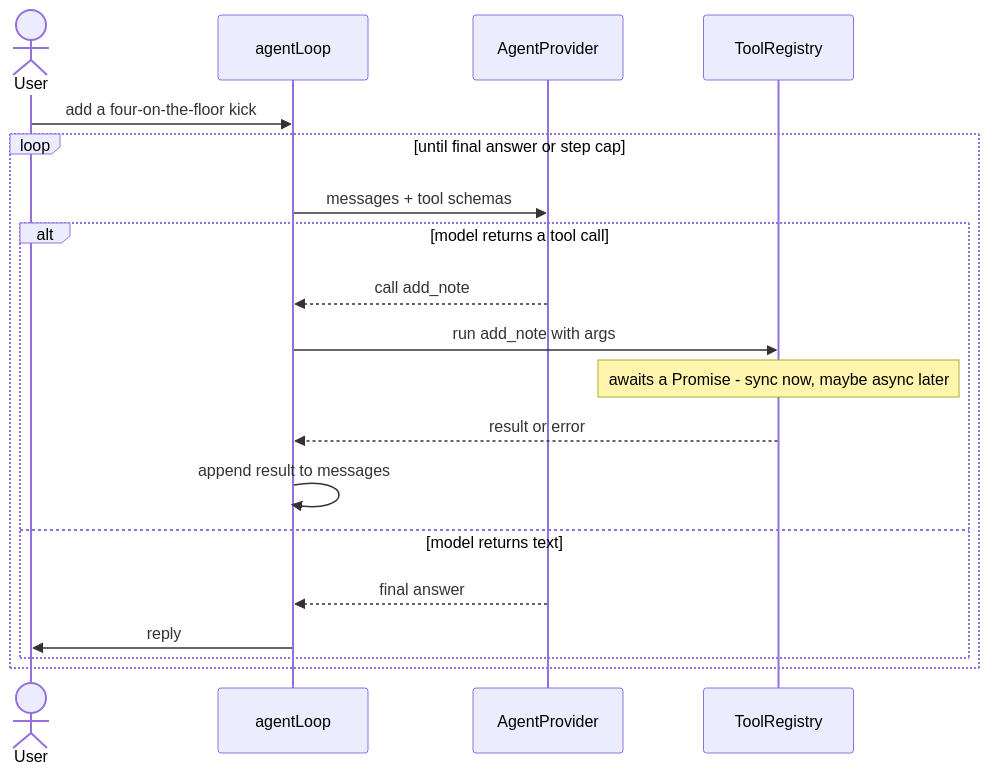
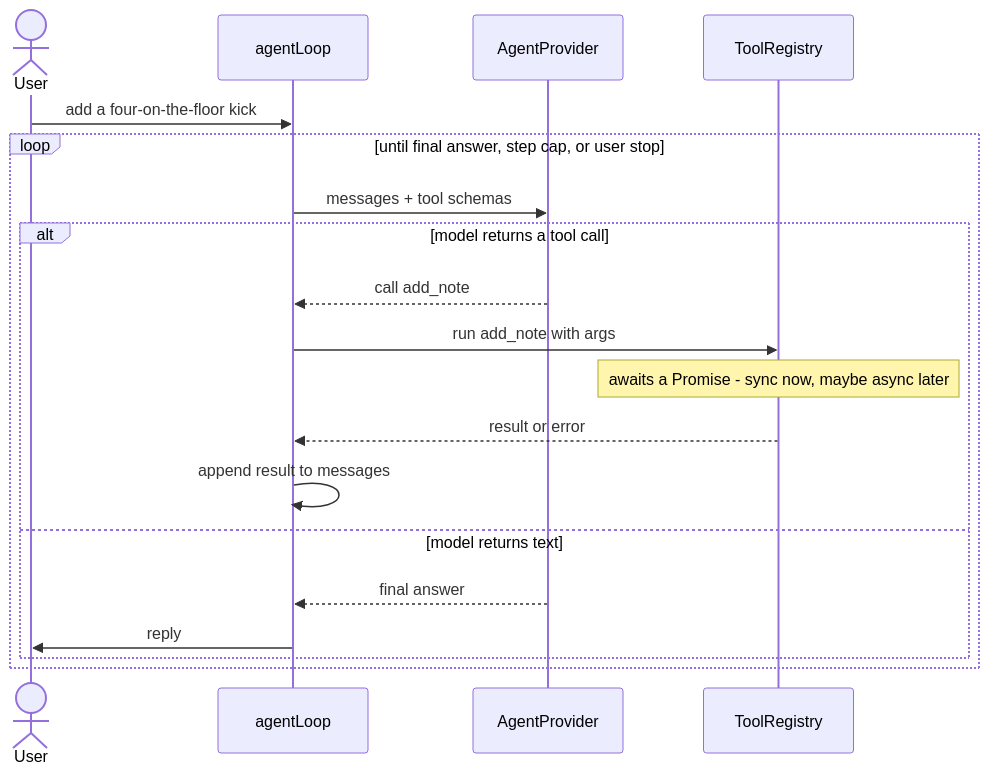
The second of 6 diagrams in docs/AGENT.md (alden12/web-daw), drawn with Mermaid before and after one commit. The commit also changed other lines of this file and 9 other files, not shown here.

````diff
--- a/docs/AGENT.md
+++ b/docs/AGENT.md
@@ -93,22 +93,22 @@
 ```mermaid
 sequenceDiagram
     actor User
     participant Brain as agentLoop
     participant Provider as AgentProvider
     participant Tools as ToolRegistry
 
     User->>Brain: add a four-on-the-floor kick
-    loop until final answer or step cap
+    loop until final answer, step cap, or user stop
         Brain->>Provider: messages + tool schemas
         alt model returns a tool call
             Provider-->>Brain: call add_note
             Brain->>Tools: run add_note with args
             Note over Tools: awaits a Promise - sync now, maybe async later
             Tools-->>Brain: result or error
             Brain->>Brain: append result to messages
         else model returns text
             Provider-->>Brain: final answer
             Brain->>User: reply
         end
     end
 ```
````
